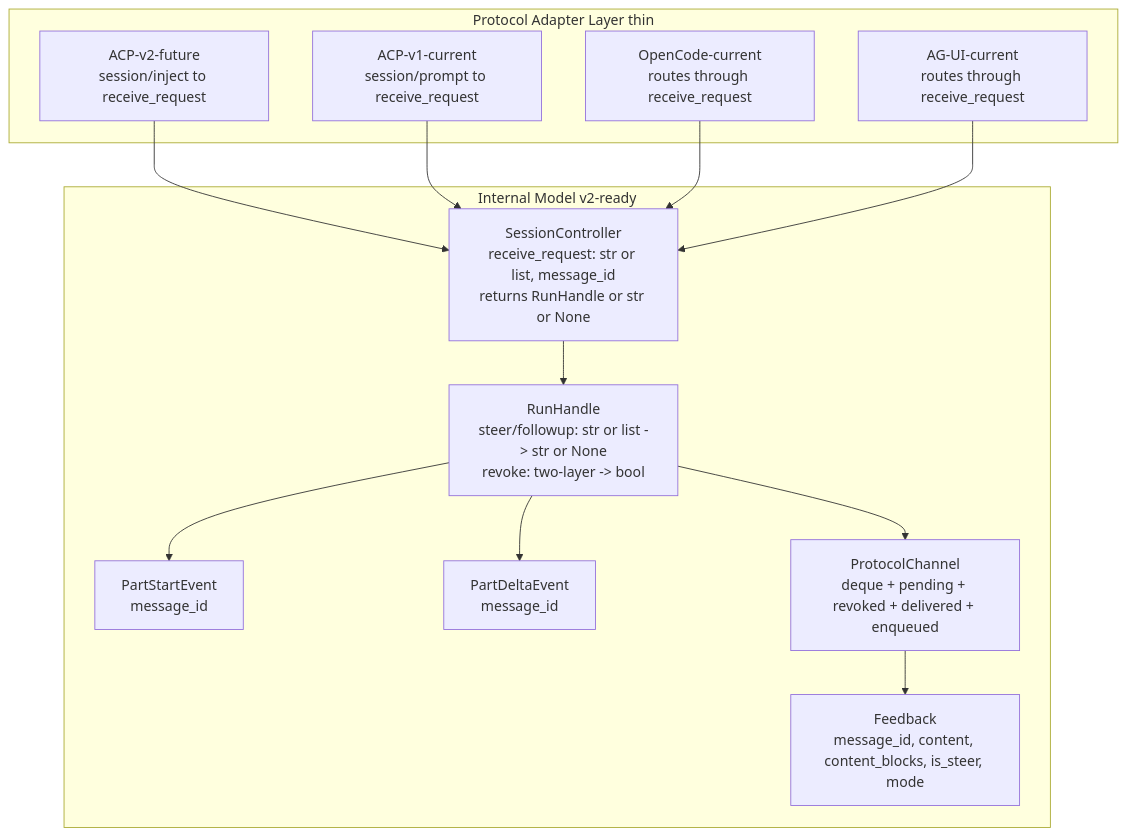
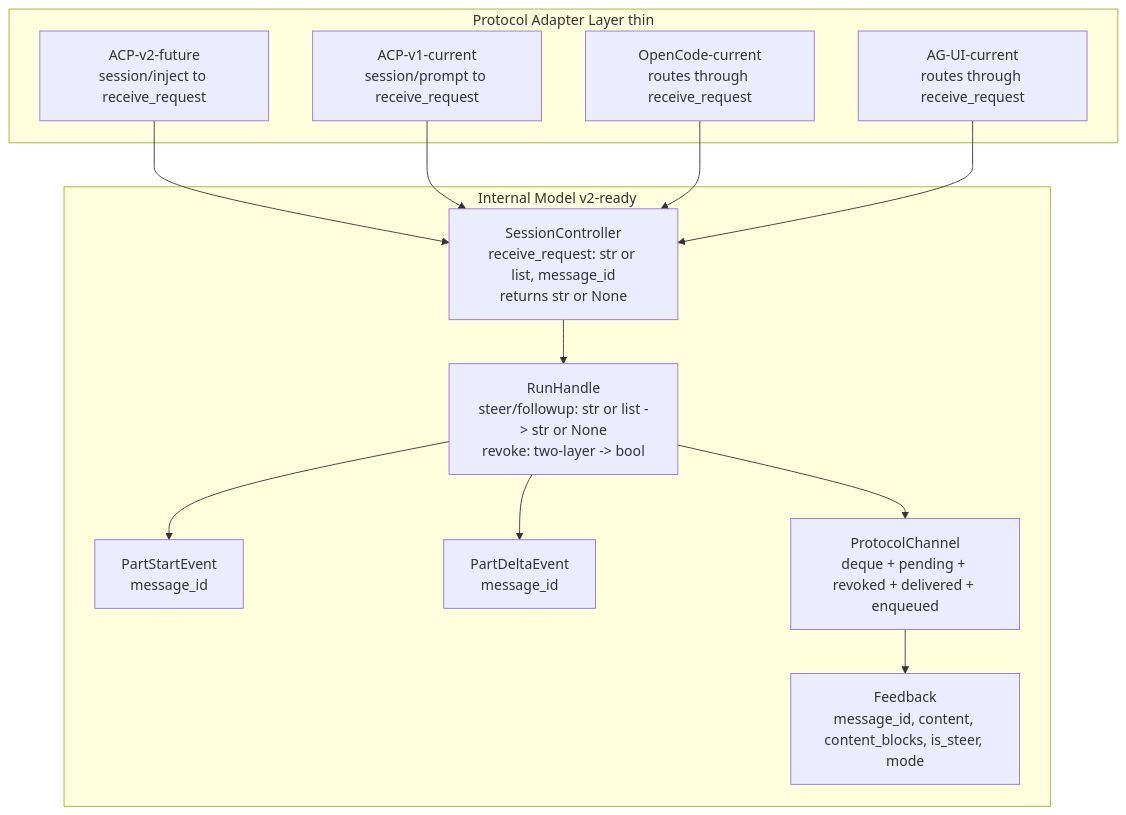
Before and after one commit to Leoyzen/agentpool: the second of 6 diagrams in docs/rfcs/draft/RFC-0054-v2-message-id-infrastructure.md, drawn with Mermaid. The commit also changed other lines of this file and 6 other files, not shown here.

````diff
--- a/docs/rfcs/draft/RFC-0054-v2-message-id-infrastructure.md
+++ b/docs/rfcs/draft/RFC-0054-v2-message-id-infrastructure.md
@@ -422,28 +422,28 @@
 ```mermaid
 graph TB
     subgraph Internal["Internal Model v2-ready"]
         FB["Feedback<br/>message_id, content, content_blocks, is_steer, mode"]
         PSE["PartStartEvent<br/>message_id"]
         PDE["PartDeltaEvent<br/>message_id"]
         PC["ProtocolChannel<br/>deque + pending + revoked + delivered + enqueued"]
         RH["RunHandle<br/>steer/followup: str or list -> str or None<br/>revoke: two-layer -> bool"]
-        SC["SessionController<br/>receive_request: str or list, message_id<br/>returns RunHandle or str or None"]
+        SC["SessionController<br/>receive_request: str or list, message_id<br/>returns str or None"]
     end
 
     subgraph Adapter["Protocol Adapter Layer thin"]
         ACP2["ACP-v2-future<br/>session/inject to receive_request"]
         ACP1["ACP-v1-current<br/>session/prompt to receive_request"]
         OC["OpenCode-current<br/>routes through receive_request"]
         AGUI["AG-UI-current<br/>routes through receive_request"]
     end
 
     ACP2 --> SC
     ACP1 --> SC
     OC --> SC
     AGUI --> SC
     SC --> RH
     RH --> PC
     PC --> FB
     RH --> PSE
     RH --> PDE
 ```
````
